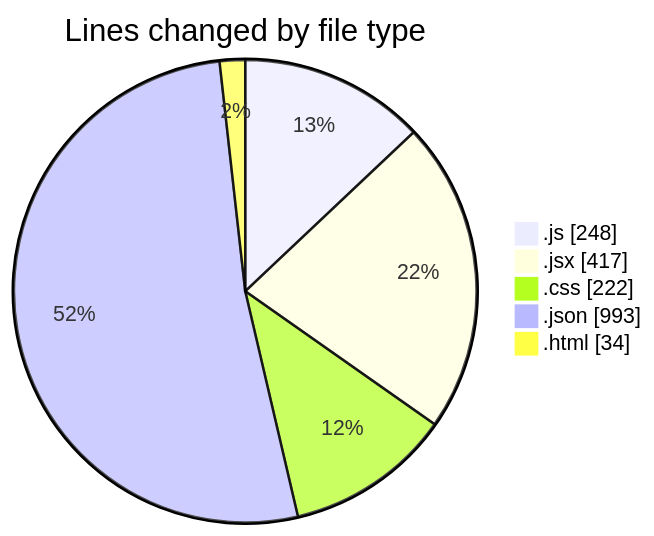
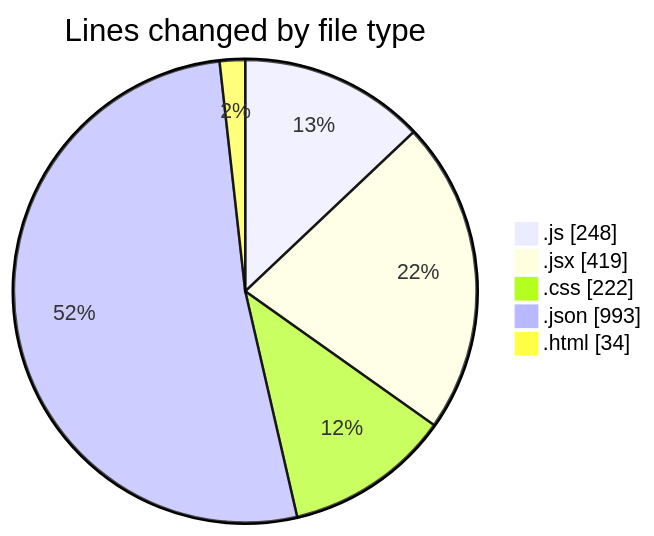
Before and after one commit to Ritupan-Deka/code-tracking: the first of 2 diagrams in 2025-07-01/urlwebwalatask/README.md, drawn with Mermaid. The commit also changed other lines of this file and 1 other file, not shown here.

````diff
--- a/2025-07-01/urlwebwalatask/README.md
+++ b/2025-07-01/urlwebwalatask/README.md
@@ -31,9 +31,9 @@
 ```mermaid
 pie showData
 title Lines changed by file type
 ".js" : 248
-".jsx" : 417
+".jsx" : 419
 ".css" : 222
 ".json" : 993
 ".html" : 34
 ```
````
